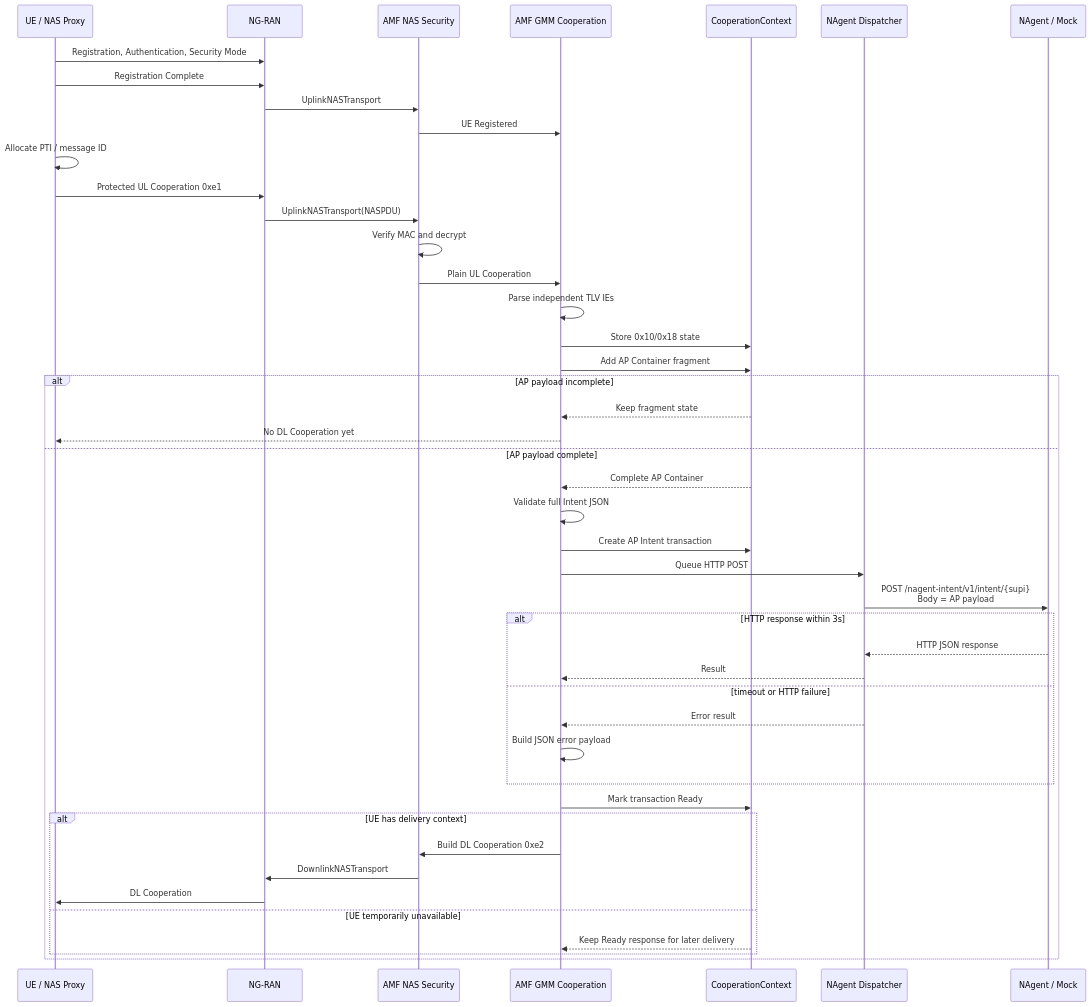
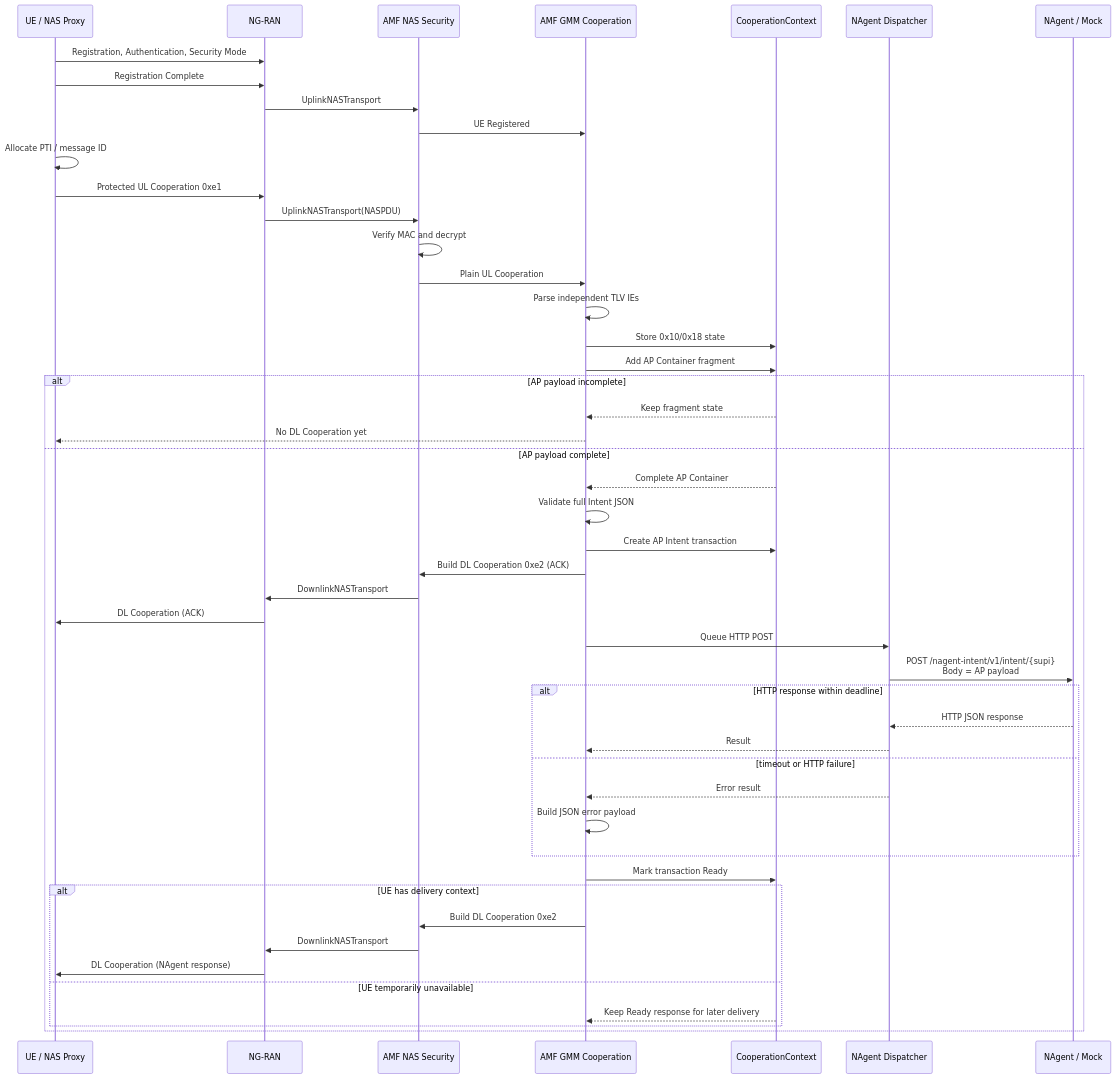
Before and after one commit to acore2026/amf: the first of 2 diagrams in docs/ap-intent-nagent-flow.md, drawn with Mermaid. The commit also changed other lines of this file and 2 other files, not shown here.

First line of the commit message:
feat: add ACK before NAgent forward and support 8s mock delay

````diff
--- a/docs/ap-intent-nagent-flow.md
+++ b/docs/ap-intent-nagent-flow.md
@@ -37,52 +37,55 @@
 ```mermaid
 sequenceDiagram
     participant UE as UE / NAS Proxy
     participant RAN as NG-RAN
     participant NAS as AMF NAS Security
     participant GMM as AMF GMM Cooperation
     participant CTX as CooperationContext
     participant HTTP as NAgent Dispatcher
     participant NAgent as NAgent / Mock
 
     UE->>RAN: Registration, Authentication, Security Mode
     UE->>RAN: Registration Complete
     RAN->>NAS: UplinkNASTransport
     NAS->>GMM: UE Registered
 
     UE->>UE: Allocate PTI / message ID
     UE->>RAN: Protected UL Cooperation 0xe1
     RAN->>NAS: UplinkNASTransport(NASPDU)
     NAS->>NAS: Verify MAC and decrypt
     NAS->>GMM: Plain UL Cooperation
     GMM->>GMM: Parse independent TLV IEs
     GMM->>CTX: Store 0x10/0x18 state
     GMM->>CTX: Add AP Container fragment
 
     alt AP payload incomplete
         CTX-->>GMM: Keep fragment state
         GMM-->>UE: No DL Cooperation yet
     else AP payload complete
         CTX-->>GMM: Complete AP Container
         GMM->>GMM: Validate full Intent JSON
         GMM->>CTX: Create AP Intent transaction
+        GMM->>NAS: Build DL Cooperation 0xe2 (ACK)
+        NAS->>RAN: DownlinkNASTransport
+        RAN->>UE: DL Cooperation (ACK)
         GMM->>HTTP: Queue HTTP POST
         HTTP->>NAgent: POST /nagent-intent/v1/intent/{supi}<br/>Body = AP payload
 
-        alt HTTP response within 3s
+        alt HTTP response within deadline
             NAgent-->>HTTP: HTTP JSON response
             HTTP-->>GMM: Result
         else timeout or HTTP failure
             HTTP-->>GMM: Error result
             GMM->>GMM: Build JSON error payload
         end
 
         GMM->>CTX: Mark transaction Ready
         alt UE has delivery context
             GMM->>NAS: Build DL Cooperation 0xe2
             NAS->>RAN: DownlinkNASTransport
-            RAN->>UE: DL Cooperation
+            RAN->>UE: DL Cooperation (NAgent response)
         else UE temporarily unavailable
             CTX-->>GMM: Keep Ready response for later delivery
         end
     end
 ```
````
